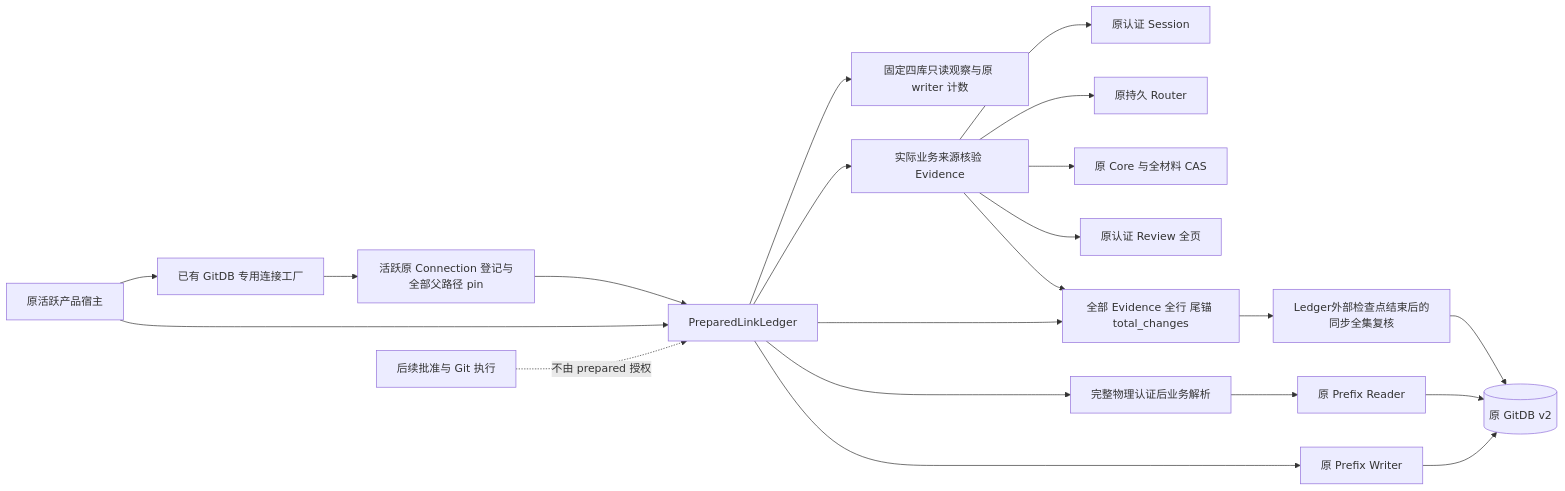
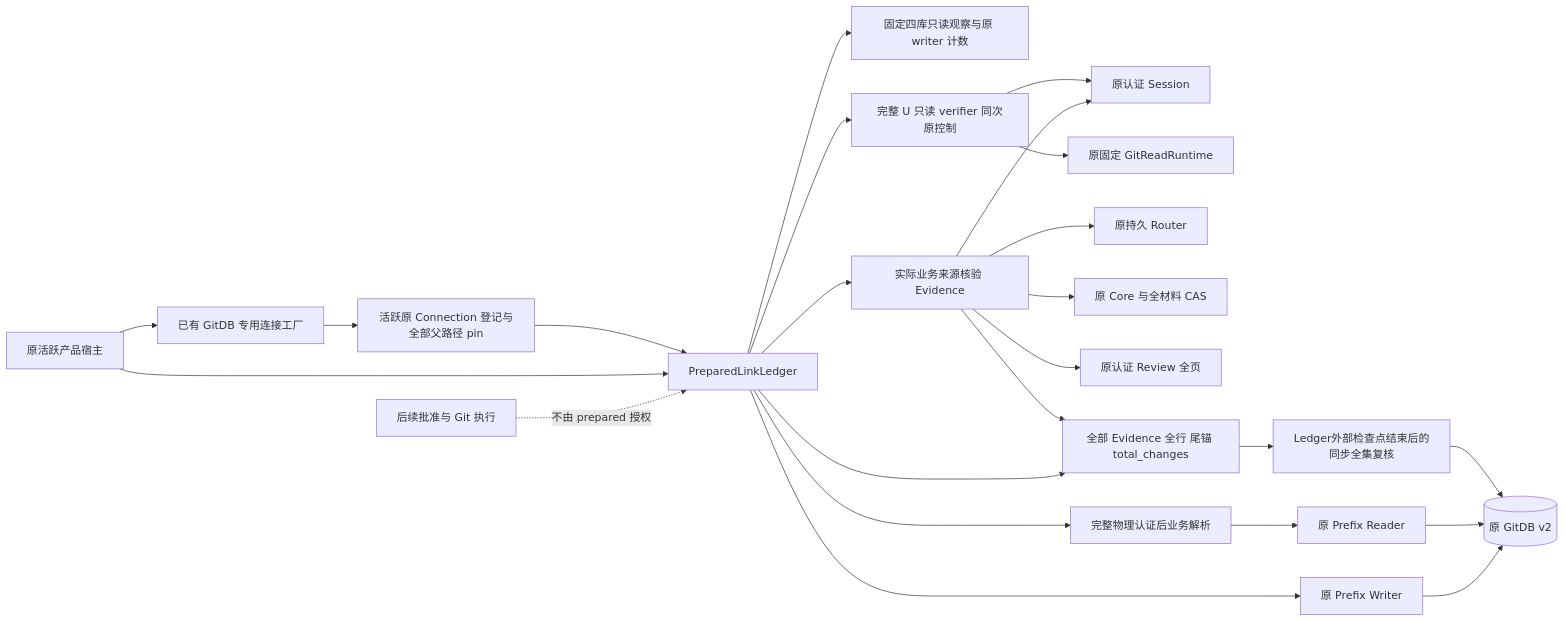
The second of 6 diagrams in docs/changes/m09-r4-git-prepared-link.md (carrie1988/Harnessix), drawn with Mermaid before and after one commit. The commit also changed other lines of this file and 5 other files, not shown here.

````diff
--- a/docs/changes/m09-r4-git-prepared-link.md
+++ b/docs/changes/m09-r4-git-prepared-link.md
@@ -148,23 +200,26 @@
 ```mermaid
 flowchart LR
     Host[原活跃产品宿主] --> Factory[已有 GitDB 专用连接工厂]
     Factory --> Registered[活跃原 Connection 登记与全部父路径 pin]
     Registered --> Ledger[PreparedLinkLedger]
     Host --> Ledger
     Ledger --> Observation[固定四库只读观察与原 writer 计数]
     Ledger --> Proof[实际业务来源核验 Evidence]
+    Ledger --> U[完整 U 只读 verifier 同次原控制]
+    U --> Session
+    U --> Git[原固定 GitReadRuntime]
     Proof --> Session[原认证 Session]
     Proof --> Route[原持久 Router]
     Proof --> CAS[原 Core 与全材料 CAS]
     Proof --> Review[原认证 Review 全页]
     Ledger --> Rows[完整物理认证后业务解析]
     Rows --> Reader[原 Prefix Reader]
     Ledger --> Writer[原 Prefix Writer]
     Proof --> ReadSet[全部 Evidence 全行 尾锚 total_changes]
     Ledger --> ReadSet
     ReadSet --> Terminal[Ledger外部检查点结束后的同步全集复核]
     Terminal --> DB
     Reader --> DB[(原 GitDB v2)]
     Writer --> DB
     Future[后续批准与 Git 执行] -. 不由 prepared 授权 .-> Ledger
 ```
````
